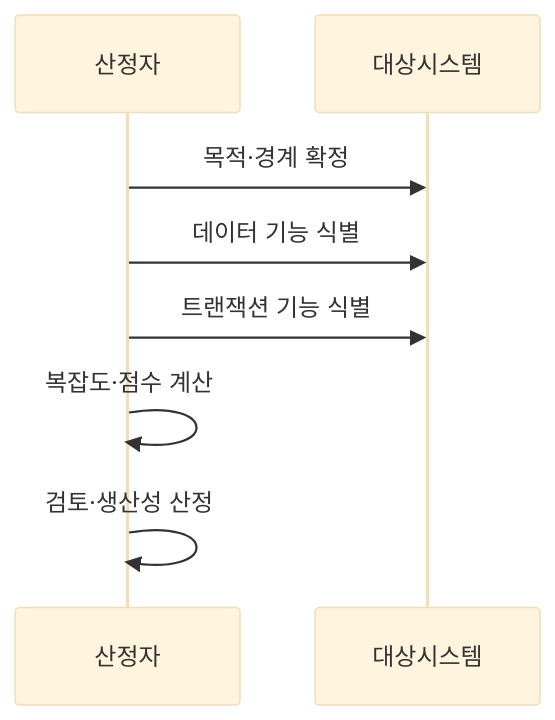
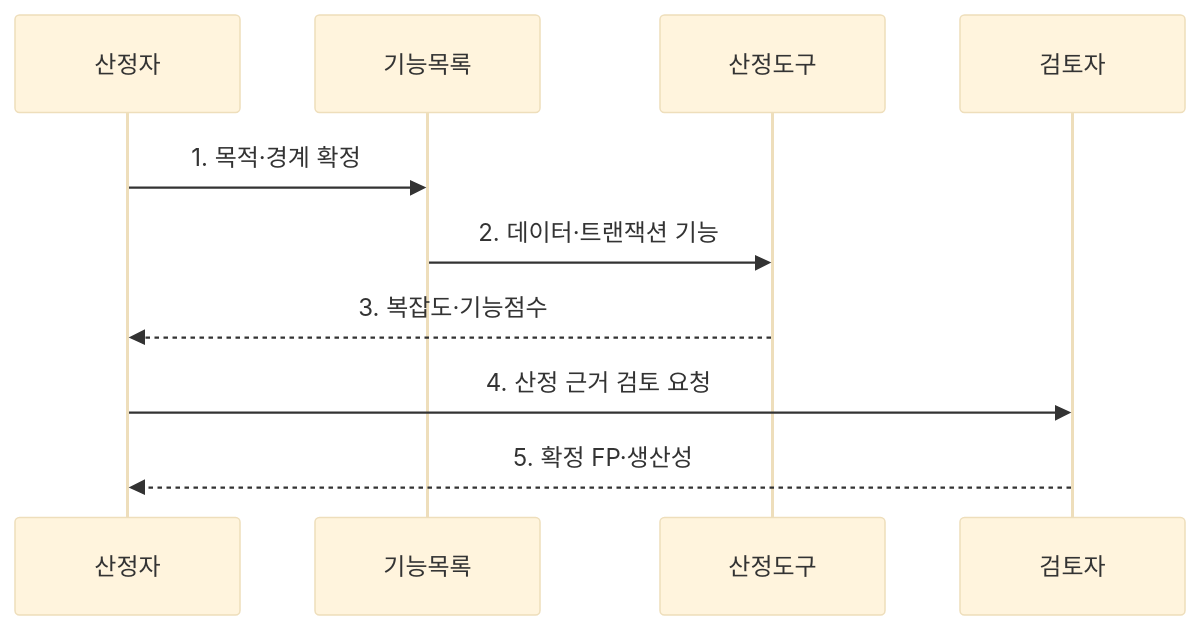
The second of 2 diagrams in src/content/docs/notes/06-evaluation/034_fp_productivity.md (agnusdei1207/knowledge-base), drawn with Mermaid (base theme) before and after one commit. The commit also changed other lines of this file and 9 other files, not shown here.

````diff
--- a/src/content/docs/notes/06-evaluation/034_fp_productivity.md
+++ b/src/content/docs/notes/06-evaluation/034_fp_productivity.md
@@ -81,10 +86,12 @@
 ```mermaid
 sequenceDiagram
     participant E as 산정자
-    participant S as 대상시스템
-    E->>S: 목적·경계 확정
-    E->>S: 데이터 기능 식별
-    E->>S: 트랜잭션 기능 식별
-    E->>E: 복잡도·점수 계산
-    E->>E: 검토·생산성 산정
+    participant S as 기능목록
+    participant C as 산정도구
+    participant R as 검토자
+    E->>S: 1. 목적·경계 확정
+    S->>C: 2. 데이터·트랜잭션 기능
+    C-->>E: 3. 복잡도·기능점수
+    E->>R: 4. 산정 근거 검토 요청
+    R-->>E: 5. 확정 FP·생산성
 ```
````
